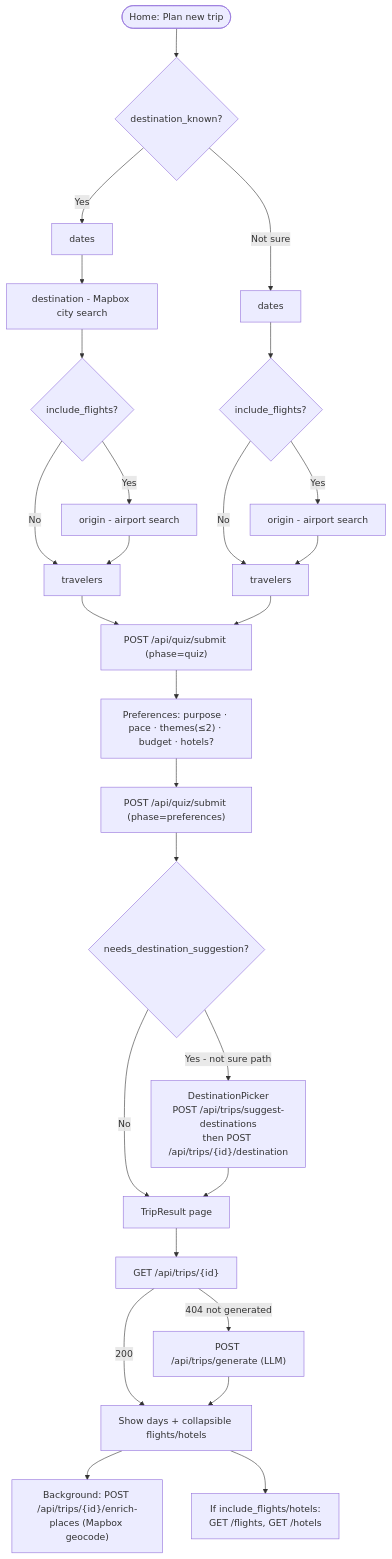
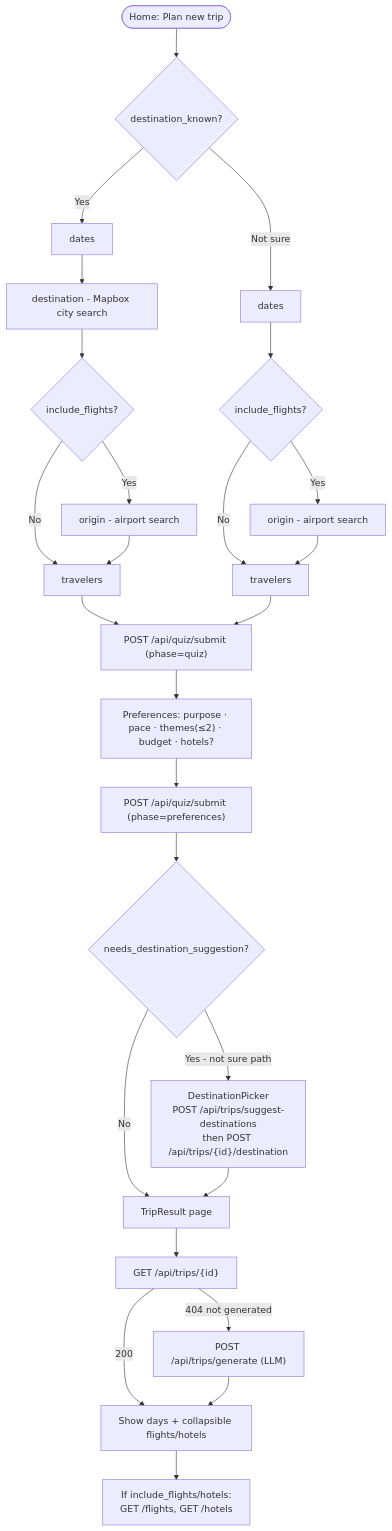
One commit to UsmMH/Rihla-Tech changed the second of 7 diagrams in docs/project-summary.md. Above: the diagram before and after it, drawn with Mermaid. The commit also changed other lines of this file and 8 other files, not shown here.

````diff
--- a/docs/project-summary.md
+++ b/docs/project-summary.md
@@ -134,32 +133,31 @@
 ```mermaid
 flowchart TD
     START([Home: Plan new trip]) --> Q1{destination_known?}
     Q1 -->|Yes| DATES1[dates]
     Q1 -->|Not sure| DATES2[dates]
     DATES1 --> DEST[destination - Mapbox city search]
     DEST --> FLY1{include_flights?}
     DATES2 --> FLY2{include_flights?}
     FLY1 -->|Yes| ORIG1[origin - airport search]
     FLY1 -->|No| TRAV1[travelers]
     ORIG1 --> TRAV1
     FLY2 -->|Yes| ORIG2[origin - airport search]
     FLY2 -->|No| TRAV2[travelers]
     ORIG2 --> TRAV2
 
     TRAV1 --> SUBMITQ["POST /api/quiz/submit (phase=quiz)"]
     TRAV2 --> SUBMITQ
     SUBMITQ --> PREF["Preferences: purpose · pace · themes(≤2) · budget · hotels?"]
     PREF --> SUBMITP["POST /api/quiz/submit (phase=preferences)"]
     SUBMITP --> NEEDS{needs_destination_suggestion?}
 
     NEEDS -->|Yes - not sure path| PICK["DestinationPicker<br/>POST /api/trips/suggest-destinations<br/>then POST /api/trips/{id}/destination"]
     NEEDS -->|No| RESULT
     PICK --> RESULT["TripResult page"]
 
     RESULT --> GET["GET /api/trips/{id}"]
     GET -->|404 not generated| GEN["POST /api/trips/generate (LLM)"]
     GET -->|200| SHOW
     GEN --> SHOW["Show days + collapsible flights/hotels"]
-    SHOW --> ENRICH["Background: POST /api/trips/{id}/enrich-places (Mapbox geocode)"]
     SHOW --> FH["If include_flights/hotels:<br/>GET /flights, GET /hotels"]
 ```
````
